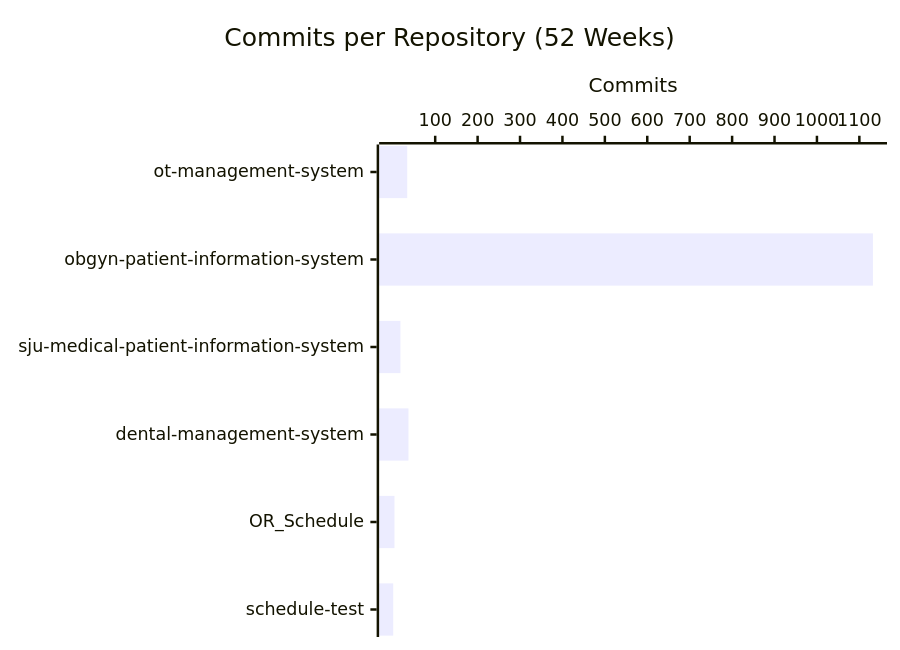
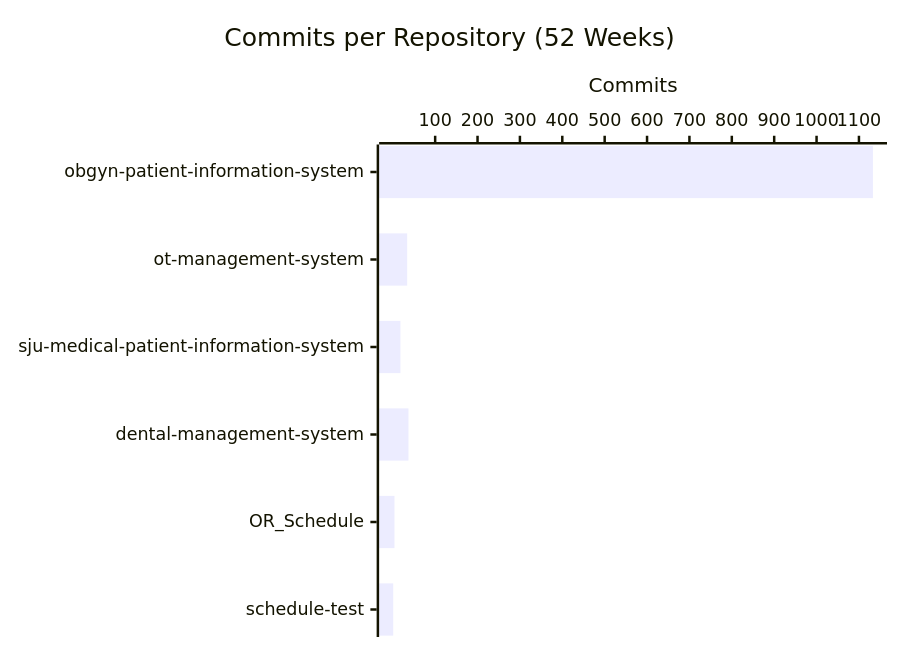
The second of 4 diagrams in profile/README.md (CSTH-Projects/.github), drawn with Mermaid before and after one commit. The commit also changed other lines of this file, not shown here.

````diff
--- a/profile/README.md
+++ b/profile/README.md
@@ -24,7 +24,7 @@
 ```mermaid
 xychart-beta horizontal
     title "Commits per Repository (52 Weeks)"
-    x-axis ["ot-management-system", "obgyn-patient-information-system", "sju-medical-patient-information-system", "dental-management-system", "OR_Schedule", "schedule-test"]
+    x-axis ["obgyn-patient-information-system", "ot-management-system", "sju-medical-patient-information-system", "dental-management-system", "OR_Schedule", "schedule-test"]
     y-axis "Commits"
-    bar [34, 1132, 18, 37, 4, 1]
+    bar [1133, 34, 18, 37, 4, 1]
 ```
````
